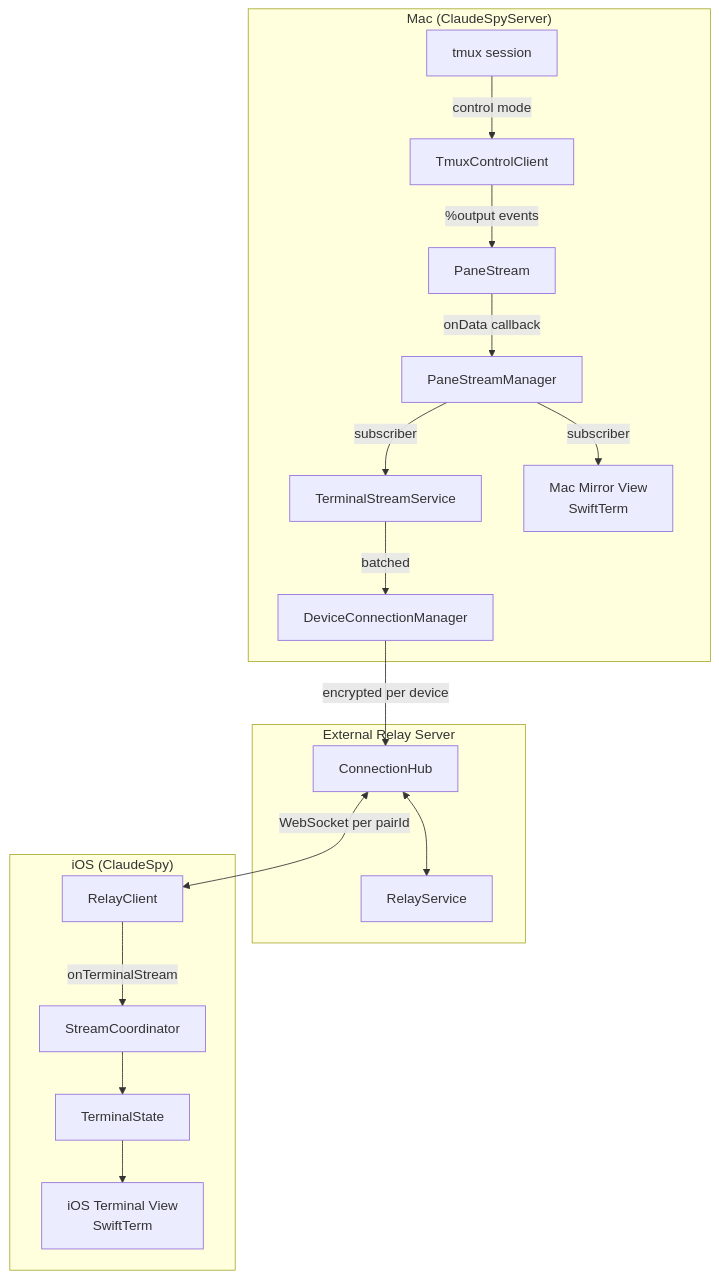
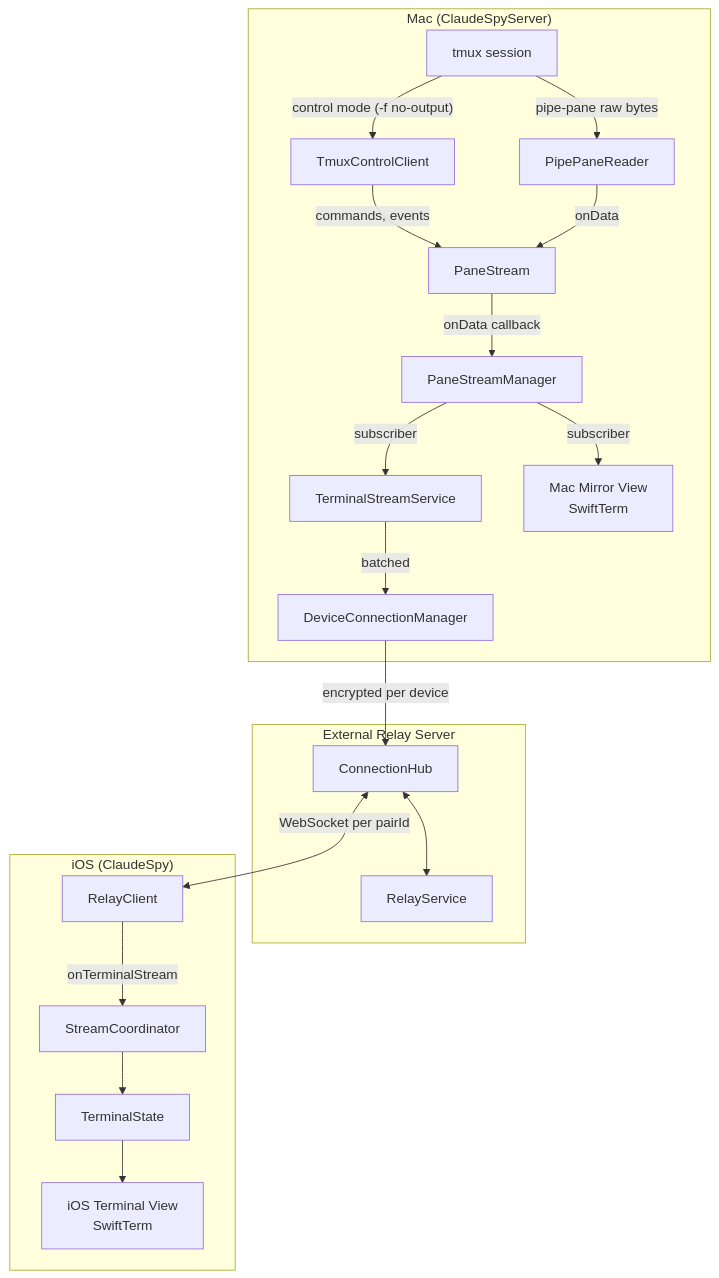
Before and after one commit to gpambrozio/Gallager: the first of 12 diagrams in docs/streaming-architecture.md, drawn with Mermaid. The commit also changed other lines of this file and 4 other files, not shown here.

First line of the commit message:
Update docs for pipe-pane streaming architecture (PR #179)

````diff
--- a/docs/streaming-architecture.md
+++ b/docs/streaming-architecture.md
@@ -7,37 +7,40 @@
 ```mermaid
 graph TB
     subgraph Mac["Mac (ClaudeSpyServer)"]
         TMUX[tmux session]
         TCC[TmuxControlClient]
+        PPR[PipePaneReader]
         PS[PaneStream]
         PSM[PaneStreamManager]
         TSS[TerminalStreamService]
         DCM[DeviceConnectionManager]
         MV[Mac Mirror View<br/>SwiftTerm]
     end
 
     subgraph Server["External Relay Server"]
         CH[ConnectionHub]
         RS[RelayService]
     end
 
     subgraph iOS["iOS (ClaudeSpy)"]
         RC[RelayClient]
         SC[StreamCoordinator]
         TS[TerminalState]
         IV[iOS Terminal View<br/>SwiftTerm]
     end
 
-    TMUX -->|control mode| TCC
-    TCC -->|%output events| PS
+    TMUX -->|"control mode (-f no-output)"| TCC
+    TCC -->|commands, events| PS
+    TMUX -->|"pipe-pane raw bytes"| PPR
+    PPR -->|onData| PS
     PS -->|onData callback| PSM
     PSM -->|subscriber| MV
     PSM -->|subscriber| TSS
     TSS -->|batched| DCM
     DCM -->|encrypted per device| CH
     CH <--> RS
     CH <-->|WebSocket per pairId| RC
     RC -->|onTerminalStream| SC
     SC --> TS
     TS --> IV
 ```
````
